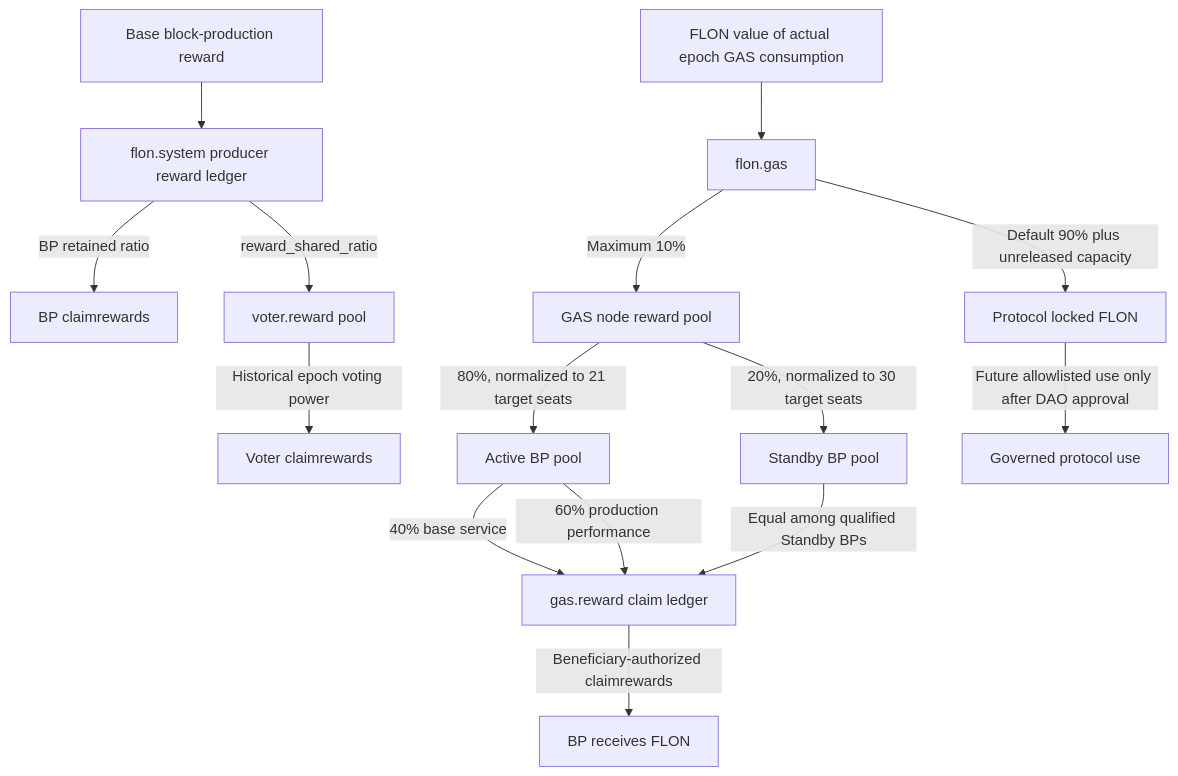
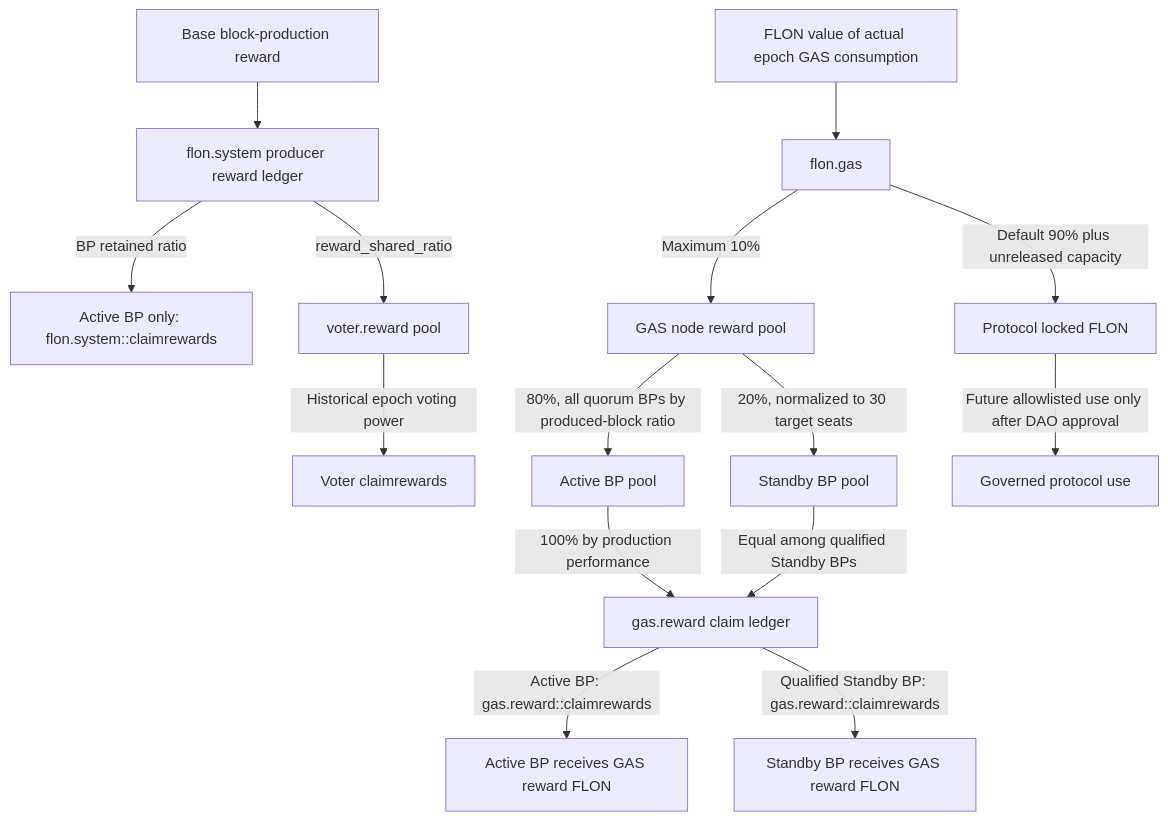
Before and after one commit to fullon-labs/flon.fips: the second of 2 diagrams in FIPS/fip-0001.md, drawn with Mermaid. The commit also changed other lines of this file, not shown here.

Commit message:
fip-0001: distinguish producer and gas reward claims

````diff
--- a/FIPS/fip-0001.md
+++ b/FIPS/fip-0001.md
@@ -398,18 +400,18 @@
 ```mermaid
 flowchart TD
     blockReward["Base block-production reward"] --> producerLedger["flon.system producer reward ledger"]
-    producerLedger -->|"BP retained ratio"| producerClaim["BP claimrewards"]
+    producerLedger -->|"BP retained ratio"| producerClaim["Active BP only: flon.system::claimrewards"]
     producerLedger -->|"reward_shared_ratio"| voterReward["voter.reward pool"]
     voterReward -->|"Historical epoch voting power"| voterClaim["Voter claimrewards"]
 
     gasValue["FLON value of actual epoch GAS consumption"] --> gasVault["flon.gas"]
     gasVault -->|"Default 90% plus unreleased capacity"| lockedPool["Protocol locked FLON"]
     gasVault -->|"Maximum 10%"| gasNodePool["GAS node reward pool"]
-    gasNodePool -->|"80%, normalized to 21 target seats"| activePool["Active BP pool"]
+    gasNodePool -->|"80%, all quorum BPs by produced-block ratio"| activePool["Active BP pool"]
     gasNodePool -->|"20%, normalized to 30 target seats"| standbyPool["Standby BP pool"]
-    activePool -->|"40% base service"| gasReward["gas.reward claim ledger"]
-    activePool -->|"60% production performance"| gasReward
+    activePool -->|"100% by production performance"| gasReward["gas.reward claim ledger"]
     standbyPool -->|"Equal among qualified Standby BPs"| gasReward
-    gasReward -->|"Beneficiary-authorized claimrewards"| bpFlon["BP receives FLON"]
+    gasReward -->|"Active BP: gas.reward::claimrewards"| activeFlon["Active BP receives GAS reward FLON"]
+    gasReward -->|"Qualified Standby BP: gas.reward::claimrewards"| standbyFlon["Standby BP receives GAS reward FLON"]
     lockedPool -->|"Future allowlisted use only after DAO approval"| governedUse["Governed protocol use"]
 ```
````
